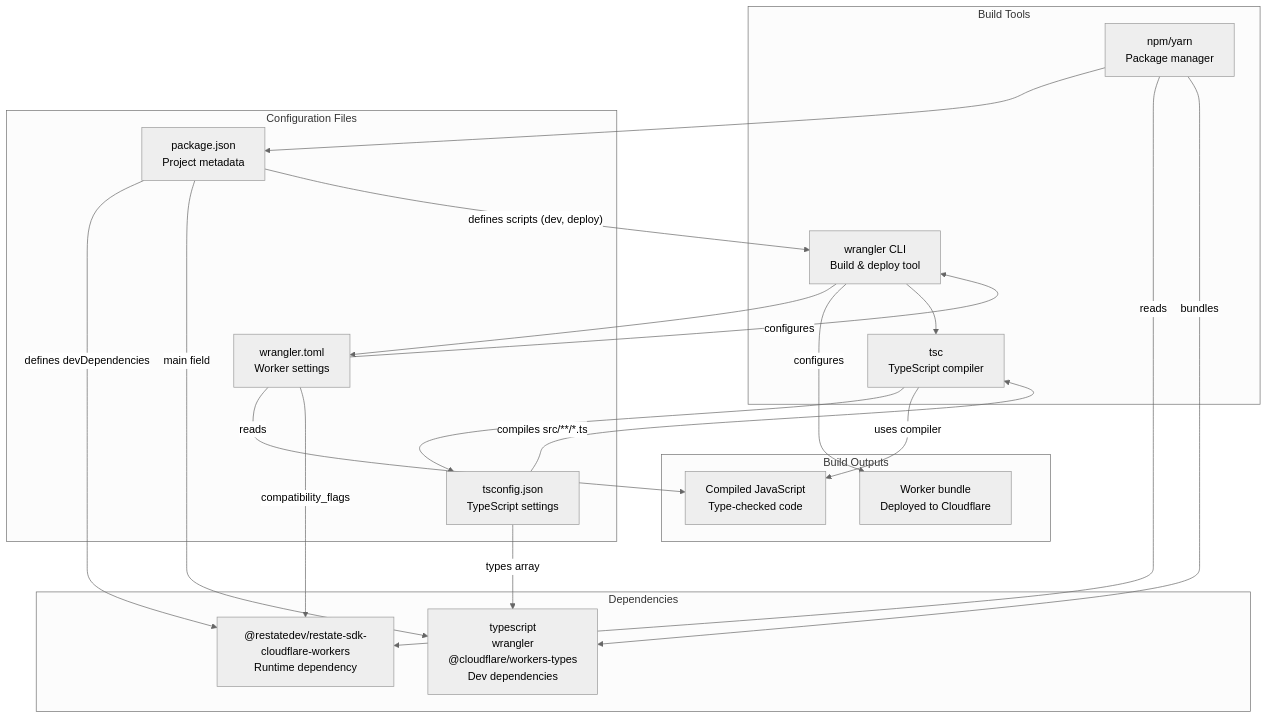
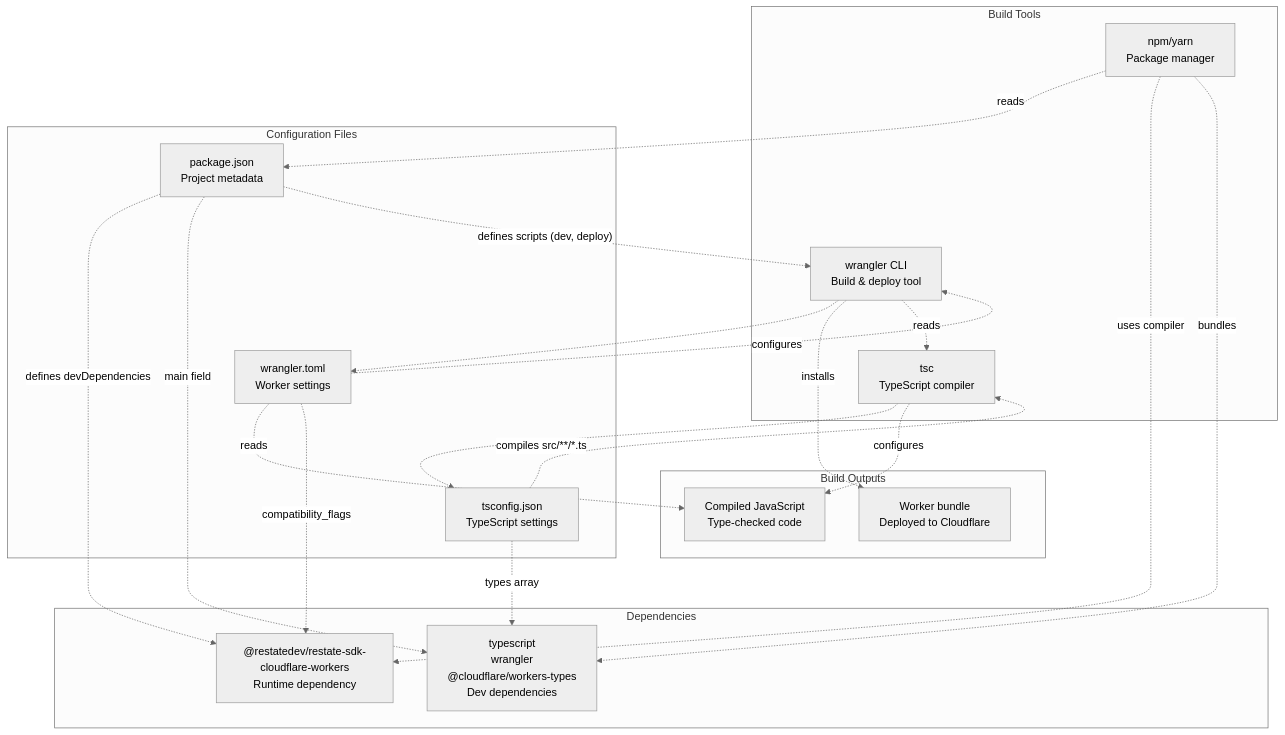
The first of 2 diagrams in docs/deepwiki/Configuration-Reference.md (philipz/restate-cloudflare-workers-poc), drawn with Mermaid (neutral theme) before and after one commit. The commit also changed other lines of this file and 27 other files, not shown here.

````diff
--- a/docs/deepwiki/Configuration-Reference.md
+++ b/docs/deepwiki/Configuration-Reference.md
@@ -34,53 +34,53 @@
 ```mermaid
 flowchart TD
 
 PJ["package.json<br>Project metadata"]
 TS["tsconfig.json<br>TypeScript settings"]
 WR["wrangler.toml<br>Worker settings"]
 NPM["npm/yarn<br>Package manager"]
 TSC["tsc<br>TypeScript compiler"]
 Wrangler["wrangler CLI<br>Build & deploy tool"]
 Runtime["@restatedev/restate-sdk-cloudflare-workers<br>Runtime dependency"]
 DevDeps["typescript<br>wrangler<br>@cloudflare/workers-types<br>Dev dependencies"]
 Compiled["Compiled JavaScript<br>Type-checked code"]
 Bundle["Worker bundle<br>Deployed to Cloudflare"]
 
-PJ -->|"defines devDependencies"| Runtime
-PJ -->|"main field"| DevDeps
-PJ -->|"defines scripts (dev, deploy)"| Wrangler
-NPM --> PJ
-NPM -->|"reads"| Runtime
-NPM -->|"bundles"| DevDeps
-TS -->|"compiles src/**/*.ts"| TSC
-TS -->|"types array"| DevDeps
-WR -->|"configures"| Wrangler
-WR -->|"reads"| Compiled
-WR -->|"compatibility_flags"| Runtime
-TSC --> TS
-TSC -->|"uses compiler"| Compiled
-Wrangler --> WR
-Wrangler -->|"configures"| Bundle
+PJ -.->|"defines devDependencies"| Runtime
+PJ -.->|"main field"| DevDeps
+PJ -.->|"defines scripts (dev, deploy)"| Wrangler
+NPM -.->|"reads"| PJ
+NPM -.->|"uses compiler"| Runtime
+NPM -.->|"bundles"| DevDeps
+TS -.->|"compiles src/**/*.ts"| TSC
+TS -.->|"types array"| DevDeps
+WR -.->|"configures"| Wrangler
+WR -.->|"reads"| Compiled
+WR -.->|"compatibility_flags"| Runtime
+TSC -.-> TS
+TSC -.->|"configures"| Compiled
+Wrangler -.-> WR
+Wrangler -.->|"installs"| Bundle
 
 subgraph subGraph3 ["Build Outputs"]
     Compiled
     Bundle
 end
 
 subgraph Dependencies ["Dependencies"]
     Runtime
     DevDeps
 end
 
 subgraph subGraph1 ["Build Tools"]
     NPM
     TSC
     Wrangler
-    Wrangler --> TSC
+    Wrangler -.->|"reads"| TSC
 end
 
 subgraph subGraph0 ["Configuration Files"]
     PJ
     TS
     WR
 end
 ```
````
